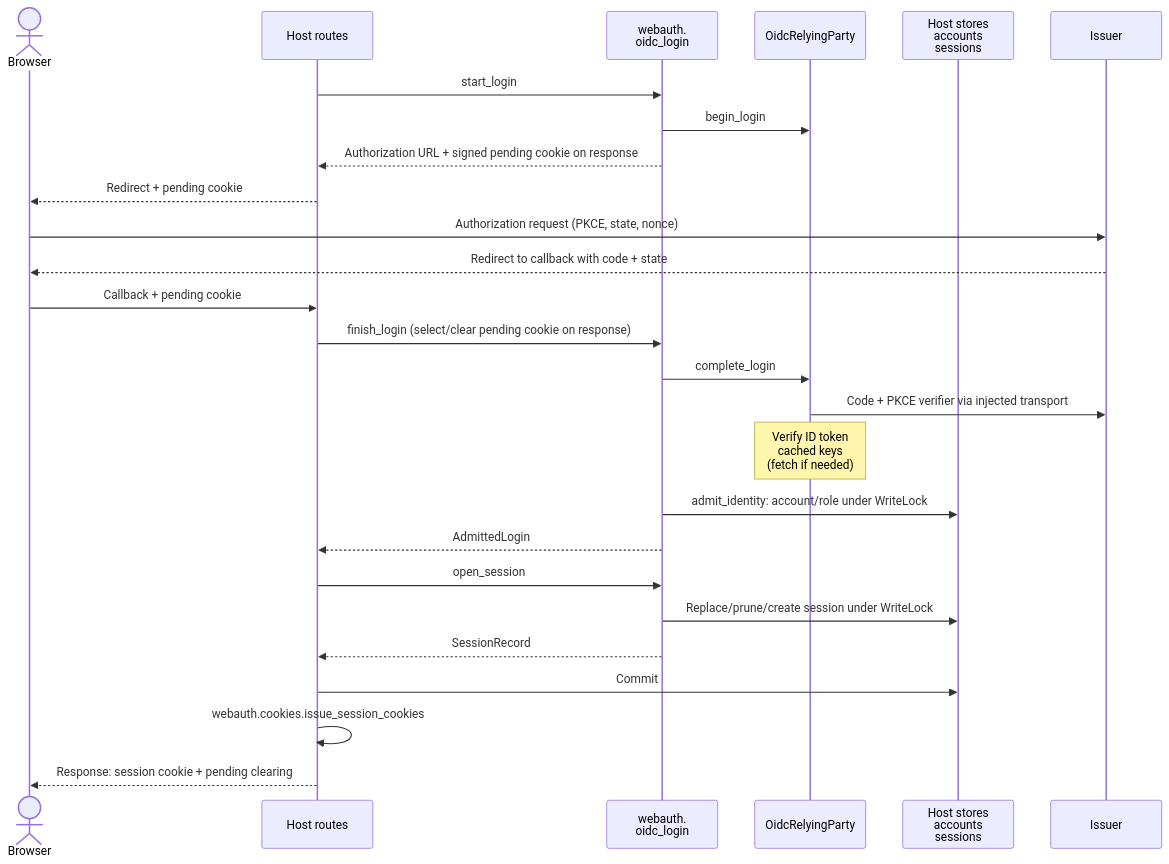
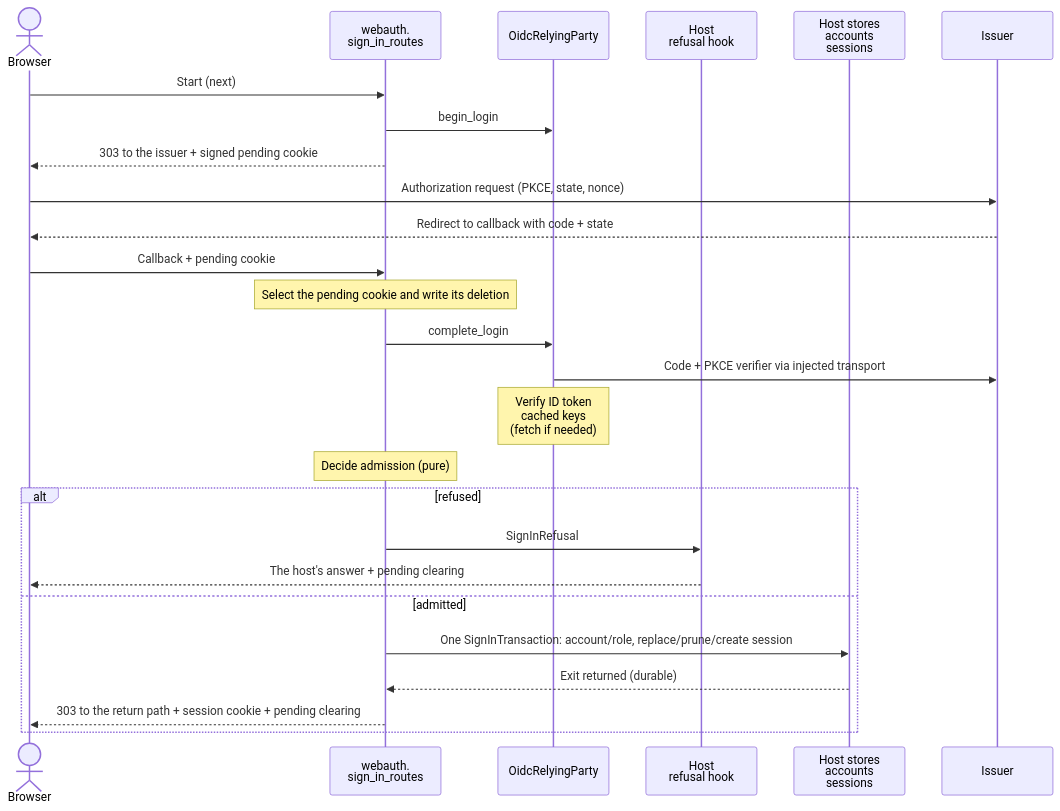
One commit to overnightworks/webauth changed the second of 2 diagrams in docs/ARCHITECTURE.md. Above: the diagram before and after it, drawn with Mermaid. The commit also changed other lines of this file and 6 other files, not shown here.

First line of the commit message:
Document the library-served start and callback routes

````diff
--- a/docs/ARCHITECTURE.md
+++ b/docs/ARCHITECTURE.md
@@ -46,27 +47,27 @@
 ```mermaid
 sequenceDiagram
     actor Browser
-    participant H as Host routes
-    participant L as webauth.<br/>oidc_login
+    participant L as webauth.<br/>sign_in_routes
     participant R as OidcRelyingParty
+    participant H as Host<br/>refusal hook
     participant S as Host stores<br/>accounts<br/>sessions
-    H->>L: start_login
+    Browser->>L: Start (next)
     L->>R: begin_login
-    L-->>H: Authorization URL + signed pending cookie on response
-    H-->>Browser: Redirect + pending cookie
+    L-->>Browser: 303 to the issuer + signed pending cookie
     Browser->>Issuer: Authorization request (PKCE, state, nonce)
     Issuer-->>Browser: Redirect to callback with code + state
-    Browser->>H: Callback + pending cookie
-    H->>L: finish_login (select/clear pending cookie on response)
+    Browser->>L: Callback + pending cookie
+    Note over L: Select the pending cookie and write its deletion
     L->>R: complete_login
     R->>Issuer: Code + PKCE verifier via injected transport
     Note over R: Verify ID token<br/>cached keys<br/>(fetch if needed)
-    L->>S: admit_identity: account/role under WriteLock
-    L-->>H: AdmittedLogin
-    H->>L: open_session
-    L->>S: Replace/prune/create session under WriteLock
-    L-->>H: SessionRecord
-    H->>S: Commit
-    H->>H: webauth.cookies.issue_session_cookies
-    H-->>Browser: Response: session cookie + pending clearing
+    Note over L: Decide admission (pure)
+    alt refused
+        L->>H: SignInRefusal
+        H-->>Browser: The host's answer + pending clearing
+    else admitted
+        L->>S: One SignInTransaction: account/role, replace/prune/create session
+        S-->>L: Exit returned (durable)
+        L-->>Browser: 303 to the return path + session cookie + pending clearing
+    end
 ```
````
